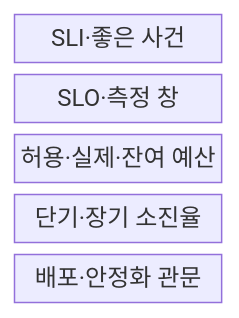
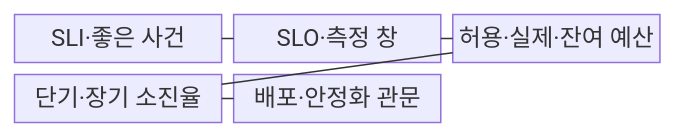
One commit to agnusdei1207/knowledge-base changed the first of 2 diagrams in src/content/docs/notes/06-evaluation/016_error_budget.md. Above: the diagram before and after it, drawn with Mermaid. The commit also changed other lines of this file and 53 other files, not shown here.

````diff
--- a/src/content/docs/notes/06-evaluation/016_error_budget.md
+++ b/src/content/docs/notes/06-evaluation/016_error_budget.md
@@ -52,9 +56,13 @@
 ```mermaid
 block-beta
-  columns 1
+  columns 3
   I["SLI·좋은 사건"]
   O["SLO·측정 창"]
   B["허용·실제·잔여 예산"]
   R["단기·장기 소진율"]
   G["배포·안정화 관문"]
+  I --- O
+  O --- B
+  B --- R
+  R --- G
 ```
````
